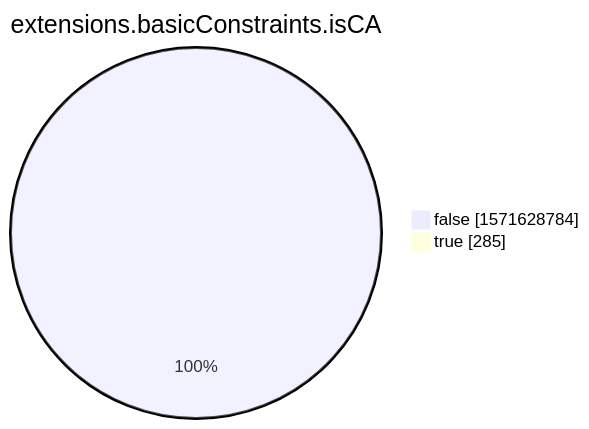
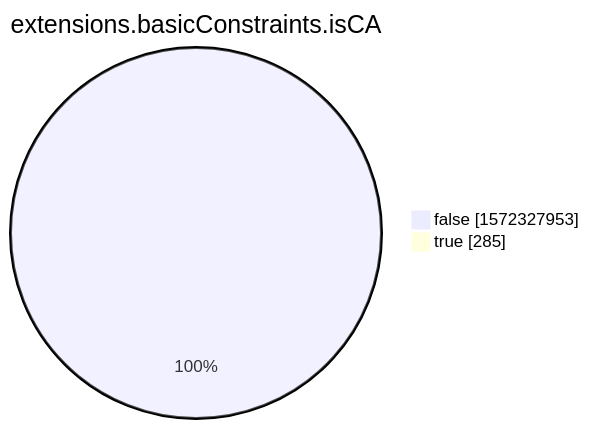
The eighth of 15 diagrams in xenon2022/README.md (christiankrug/ctmonitor_visualization), drawn with Mermaid before and after one commit. The commit also changed other lines of this file, not shown here.

````diff
--- a/xenon2022/README.md
+++ b/xenon2022/README.md
@@ -2861,6 +2861,6 @@
 ```mermaid
 pie showData
 title extensions.basicConstraints.isCA
-"false" :1571628784
+"false" :1572327953
 "true" :285
 ```
````
